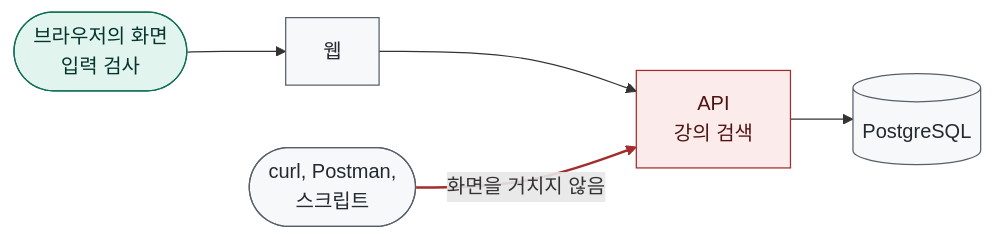
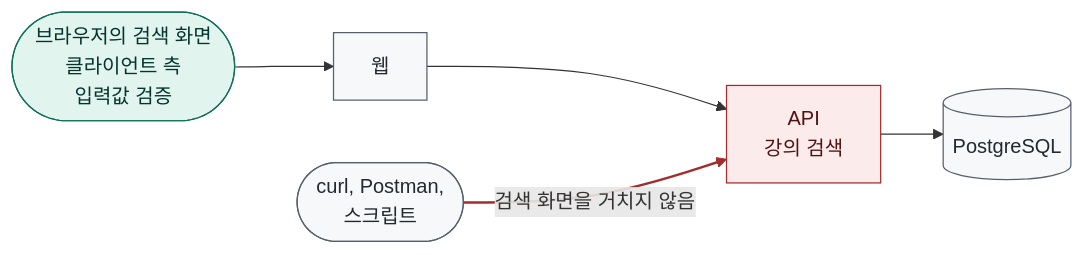
The fourth of 5 diagrams in docs/diagnosis/defect-6.md (loquemedalagana/secure-enroll-demo), drawn with Mermaid before and after one commit. The commit also changed other lines of this file, not shown here.

Commit message:
docs: 결함 6 보고서의 '화면의 검사'를 '클라이언트 측 입력값 검증'으로 고침
채택하지 않은 대안의 설명에서 '화면', '검사'가 무엇을 뜻하는지 드러나지 않았다.
웹의 검색 화면이 브라우저에서 하는 검증임을 적고, 흐름도의 이름도 맞췄다.
적용 범위는 '검색 화면에서 입력해 보낸 요청'으로 적었다.

````diff
--- a/docs/diagnosis/defect-6.md
+++ b/docs/diagnosis/defect-6.md
@@ -414,20 +414,20 @@
 ```mermaid
 flowchart LR
-  b(["브라우저의 화면<br/>입력 검사"])
+  b(["브라우저의 검색 화면<br/>클라이언트 측<br/>입력값 검증"])
   d(["curl, Postman,<br/>스크립트"])
   w["웹"]
   a["API<br/>강의 검색"]
   db[("PostgreSQL")]
 
   b --> w --> a
-  d -- "화면을 거치지 않음" --> a
+  d -- "검색 화면을 거치지 않음" --> a
   a --> db
 
   classDef danger fill:#FCEBEB,stroke:#A32D2D,color:#501313
   classDef safe fill:#E1F5EE,stroke:#0F6E56,color:#04342C
   classDef neutral fill:#f6f8fa,stroke:#57606a,color:#24292f
   class a danger
   class b safe
   class d,w,db neutral
   linkStyle 2 stroke:#A32D2D,stroke-width:2px
 ```
````
